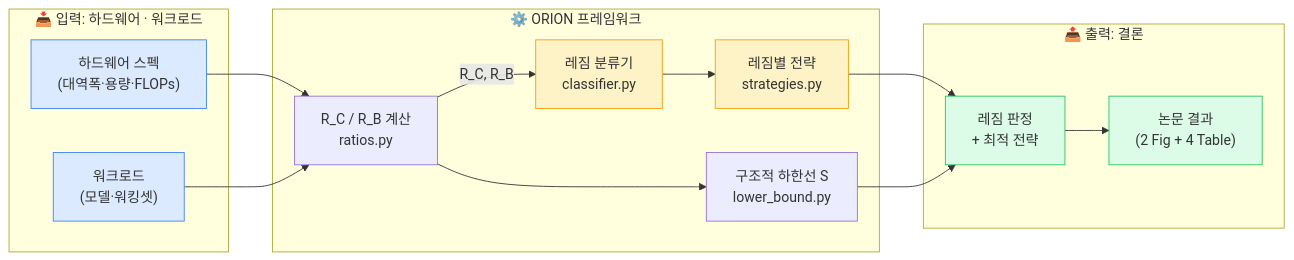
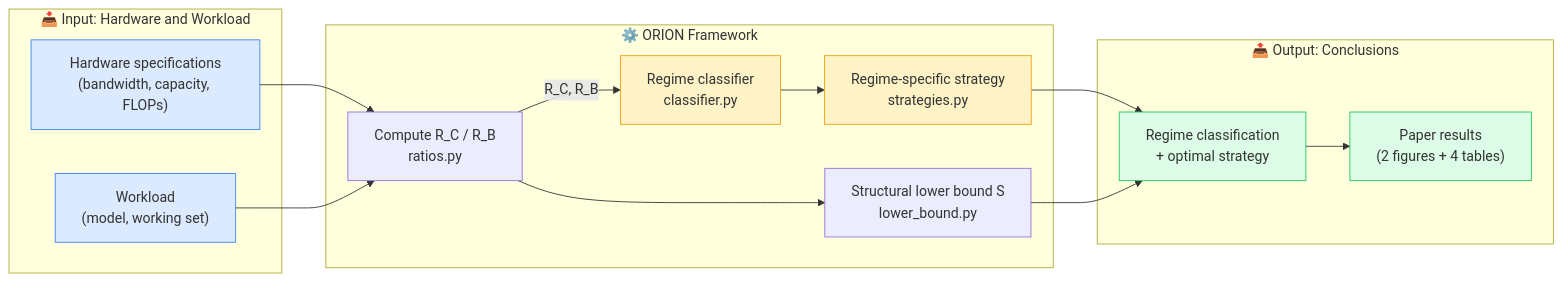
Before and after one commit to leemgs/orion: the first of 3 diagrams in paper/README.md, drawn with Mermaid. The commit also changed other lines of this file, not shown here.

Commit message:
Translate paper README into English

````diff
--- a/paper/README.md
+++ b/paper/README.md
@@ -11,32 +11,32 @@
 ```mermaid
 flowchart LR
-    subgraph 입력["📥 입력: 하드웨어 · 워크로드"]
-        HW["하드웨어 스펙<br/>(대역폭·용량·FLOPs)"]
-        WL["워크로드<br/>(모델·워킹셋)"]
+    subgraph Input["📥 Input: Hardware and Workload"]
+        HW["Hardware specifications<br/>(bandwidth, capacity, FLOPs)"]
+        WL["Workload<br/>(model, working set)"]
     end
-    subgraph ORION["⚙️ ORION 프레임워크"]
-        RATIO["R_C / R_B 계산<br/>ratios.py"]
-        CLS["레짐 분류기<br/>classifier.py"]
-        STRAT["레짐별 전략<br/>strategies.py"]
-        LB["구조적 하한선 S<br/>lower_bound.py"]
+    subgraph ORION["⚙️ ORION Framework"]
+        RATIO["Compute R_C / R_B<br/>ratios.py"]
+        CLS["Regime classifier<br/>classifier.py"]
+        STRAT["Regime-specific strategy<br/>strategies.py"]
+        LB["Structural lower bound S<br/>lower_bound.py"]
     end
-    subgraph 출력["📤 출력: 결론"]
-        REGIME["레짐 판정<br/>+ 최적 전략"]
-        PAPER["논문 결과<br/>(2 Fig + 4 Table)"]
+    subgraph Output["📤 Output: Conclusions"]
+        REGIME["Regime classification<br/>+ optimal strategy"]
+        PAPER["Paper results<br/>(2 figures + 4 tables)"]
     end
     HW --> RATIO
     WL --> RATIO
     RATIO -->|"R_C, R_B"| CLS
     CLS --> STRAT
     RATIO --> LB
     STRAT --> REGIME
     LB --> REGIME
     REGIME --> PAPER
 
     style HW fill:#dbeafe,stroke:#3b82f6
     style WL fill:#dbeafe,stroke:#3b82f6
     style CLS fill:#fef3c7,stroke:#f59e0b
     style STRAT fill:#fef3c7,stroke:#f59e0b
     style REGIME fill:#dcfce7,stroke:#22c55e
     style PAPER fill:#dcfce7,stroke:#22c55e
 ```
````
